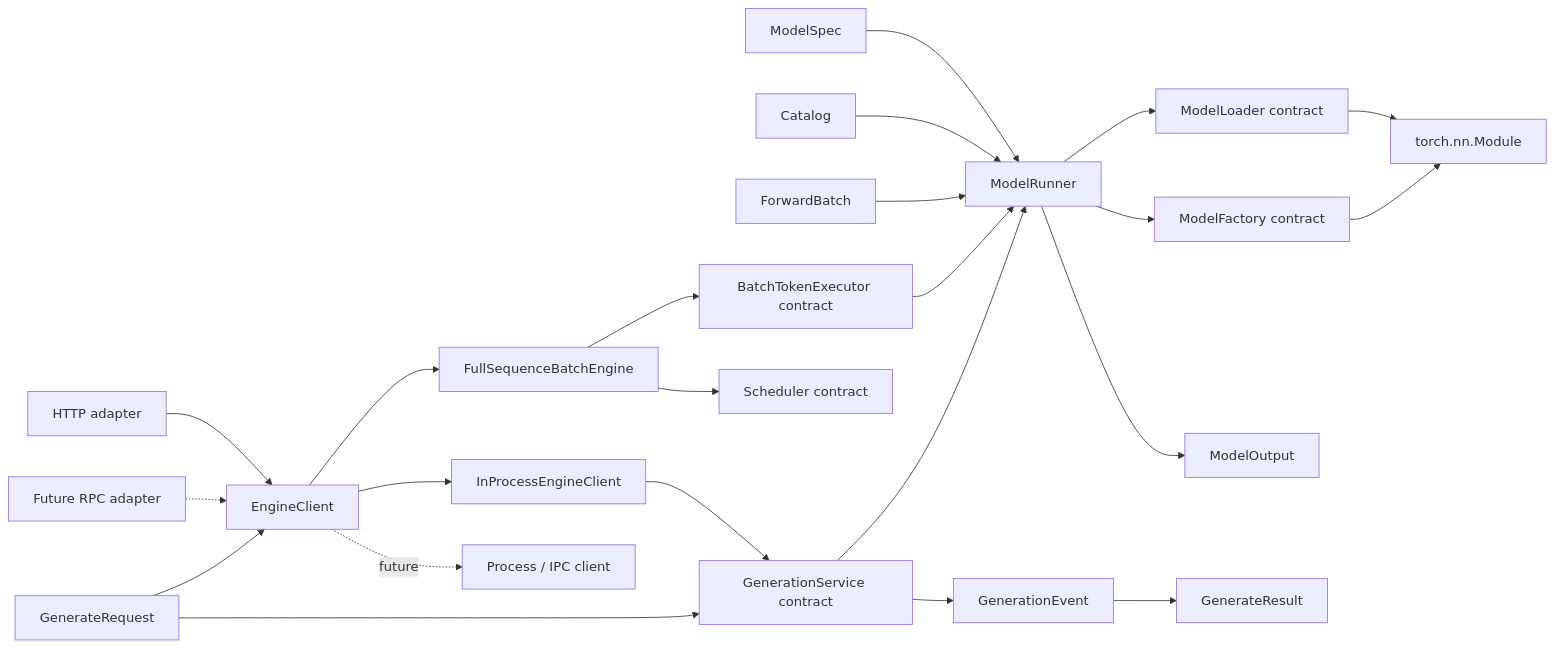
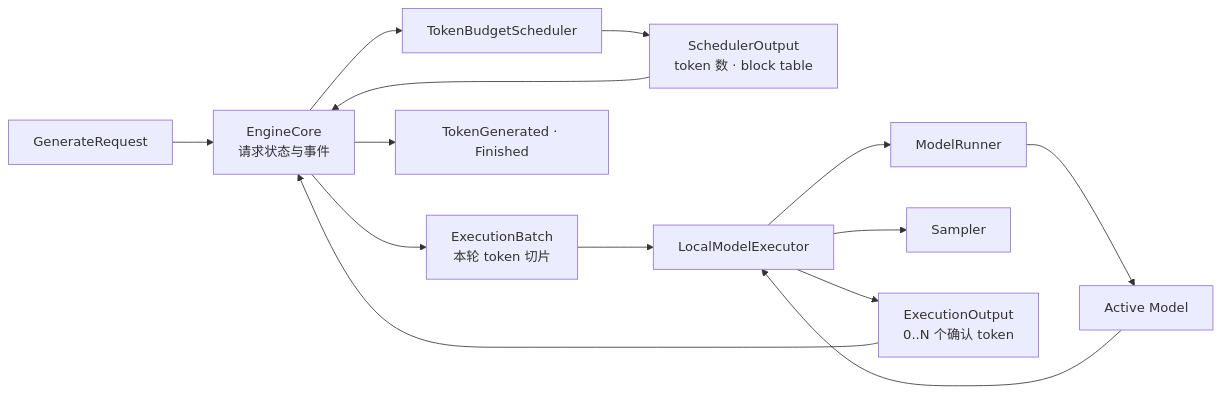
One commit to poorpaper/light-vllm changed the first of 3 diagrams in docs/architecture.md. Above: the diagram before and after it, drawn with Mermaid. The commit also changed other lines of this file and 57 other files, not shown here.

Commit message:
feat: add engine core and KV cache runtime

````diff
--- a/docs/architecture.md
+++ b/docs/architecture.md
@@ -26,25 +25,16 @@
 ```mermaid
 flowchart LR
-    Spec["ModelSpec"] --> Runner["ModelRunner"]
-    Catalog["Catalog"] --> Runner
-    Runner --> Loader["ModelLoader contract"]
-    Runner --> Factory["ModelFactory contract"]
-    Loader --> Model["torch.nn.Module"]
-    Factory --> Model
-    Batch["ForwardBatch"] --> Runner
-    Runner --> Output["ModelOutput"]
-    HTTP["HTTP adapter"] --> Client["EngineClient"]
-    RPC["Future RPC adapter"] -.-> Client
-    Client --> Local["InProcessEngineClient"]
-    Local --> Service["GenerationService contract"]
-    Client --> Batched["FullSequenceBatchEngine"]
-    Batched --> Scheduler["Scheduler contract"]
-    Batched --> BatchExecutor["BatchTokenExecutor contract"]
-    BatchExecutor --> Runner
-    Client -.future.-> IPC["Process / IPC client"]
-    Service --> Runner
-    Request["GenerateRequest"] --> Client
-    Request["GenerateRequest"] --> Service
-    Service --> Event["GenerationEvent"]
-    Event --> Result["GenerateResult"]
+    Request["GenerateRequest"] --> Core["EngineCore<br/>请求状态与事件"]
+    Core --> Scheduler["TokenBudgetScheduler"]
+    Scheduler --> Plan["SchedulerOutput<br/>token 数 · block table"]
+    Plan --> Core
+    Core --> Batch["ExecutionBatch<br/>本轮 token 切片"]
+    Batch --> Executor["LocalModelExecutor"]
+    Executor --> Runner["ModelRunner"]
+    Runner --> Model["Active Model"]
+    Model --> Executor
+    Executor --> Sampler["Sampler"]
+    Executor --> Output["ExecutionOutput<br/>0..N 个确认 token"]
+    Output --> Core
+    Core --> Events["TokenGenerated · Finished"]
 ```
````
